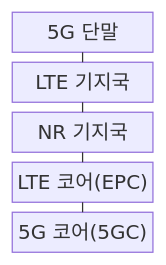
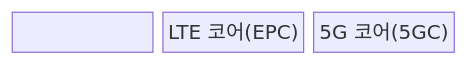
The first of 2 diagrams in src/content/docs/notes/04-network/037_5g_sa_nsa.md (agnusdei1207/knowledge-base), drawn with Mermaid before and after one commit. The commit also changed other lines of this file and 20 other files, not shown here.

````diff
--- a/src/content/docs/notes/04-network/037_5g_sa_nsa.md
+++ b/src/content/docs/notes/04-network/037_5g_sa_nsa.md
@@ -52,13 +51,6 @@
 ```mermaid
-block-beta
-    columns 1
-    A["5G 단말"]
-    B["LTE 기지국"]
-    C["NR 기지국"]
-    D["LTE 코어(EPC)"]
-    E["5G 코어(5GC)"]
-    A --- B
-    B --- C
-    C --- D
-    D --- E
+block
+    columns 3
+    A["NSA 단말"] --> B["LTE·NR 이중 연결"] --> C["LTE 코어(EPC)"]
+    D["SA 단말"] --> E["NR 단독 연결"] --> F["5G 코어(5GC)"]
 ```
````
